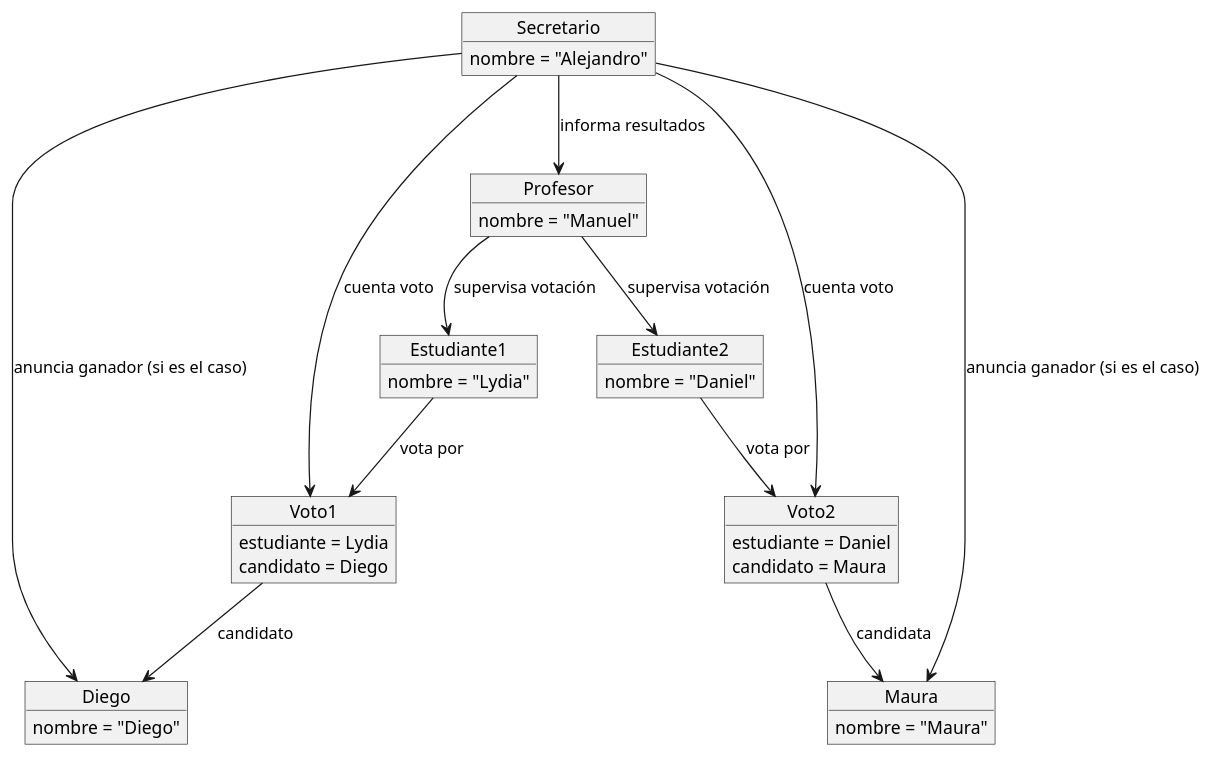
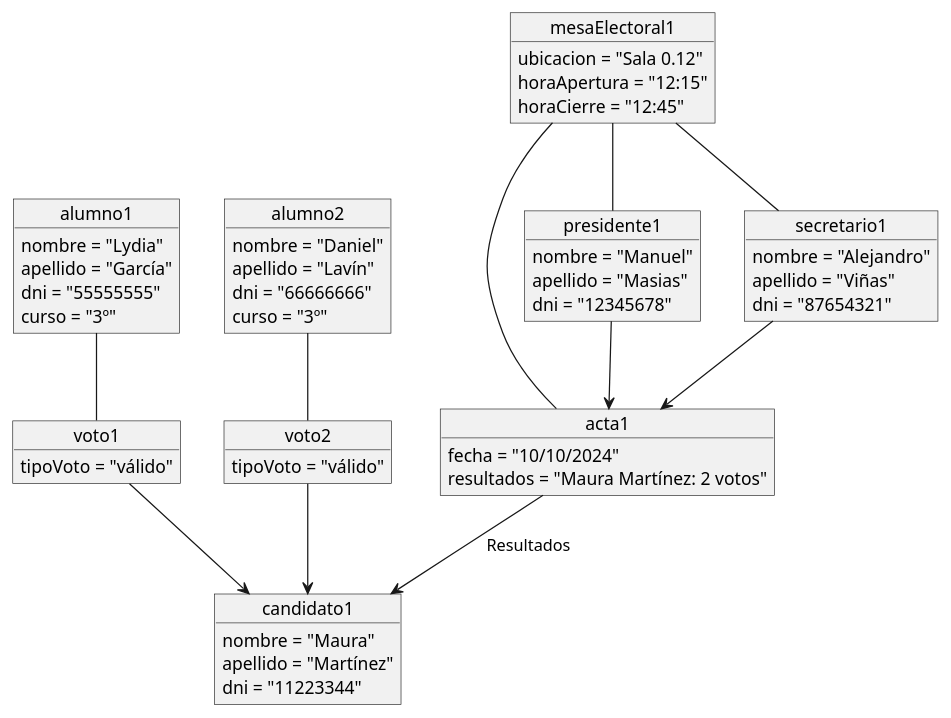
The diagram in entregas/garciaLydia/Ejercicio4/DiagramaObjetos.puml (mmasias/24-25-IdSw1), drawn with PlantUML before and after one commit. The commit also changed other lines of this file and 2 other files, not shown here.

Commit message:
Diagramas Votacion 10/10 siguiendo las pautas de clase

```diff
--- a/entregas/garciaLydia/Ejercicio4/DiagramaObjetos.puml
+++ b/entregas/garciaLydia/Ejercicio4/DiagramaObjetos.puml
@@ -1,48 +1,71 @@
 @startuml
-object Estudiante1 {
-    nombre = "Lydia"
+object acta1 {
+    fecha = "10/10/2024"
+    resultados = "Maura Martínez: 2 votos"
 }
 
-object Estudiante2 {
-    nombre = "Daniel"
+object mesaElectoral1 {
+    ubicacion = "Sala 0.12"
+    horaApertura = "12:15"
+    horaCierre = "12:45"
 }
 
-object Diego {
-    nombre = "Diego"
+object presidente1 {
+    nombre = "Manuel"
+    apellido = "Masias"
+    dni = "12345678"
 }
 
-object Maura {
-    nombre = "Maura"
+object secretario1 {
+    nombre = "Alejandro"
+    apellido = "Viñas"
+    dni = "87654321"
 }
 
-object Profesor {
-    nombre = "Manuel"
+
+object alumno1 {
+    nombre = "Lydia"
+    apellido = "García"
+    dni = "55555555"
+    curso = "3º"
 }
 
-object Secretario {
-    nombre = "Alejandro"
+object alumno2 {
+    nombre = "Daniel"
+    apellido = "Lavín"
+    dni = "66666666"
+    curso = "3º"
 }
 
-object Voto1 {
-    estudiante = Lydia
-    candidato = Diego
+
+object candidato1 {
+    nombre = "Maura"
+    apellido = "Martínez"
+    dni = "11223344"
 }
 
-object Voto2 {
-    estudiante = Daniel
-    candidato = Maura
+
+object voto1 {
+    tipoVoto = "válido"
 }
 
-Estudiante1 --> Voto1 : vota por
-Estudiante2 --> Voto2 : vota por
-Voto1 --> Diego : candidato
-Voto2 --> Maura : candidata
+object voto2 {
+    tipoVoto = "válido"
+}
 
-Profesor --> Estudiante1 : supervisa votación
-Profesor --> Estudiante2 : supervisa votación
-Secretario --> Voto1 : cuenta voto
-Secretario --> Voto2 : cuenta voto
-Secretario --> Profesor : informa resultados
-Secretario --> Diego : anuncia ganador (si es el caso)
-Secretario --> Maura : anuncia ganador (si es el caso)
+
+mesaElectoral1 -- presidente1
+mesaElectoral1 -- secretario1
+mesaElectoral1 -- acta1
+
+presidente1 --> acta1
+secretario1 --> acta1
+
+alumno1 -- voto1
+alumno2 -- voto2
+
+voto1 --> candidato1
+voto2 --> candidato1
+
+acta1 --> candidato1 : "Resultados"
 @enduml
```
